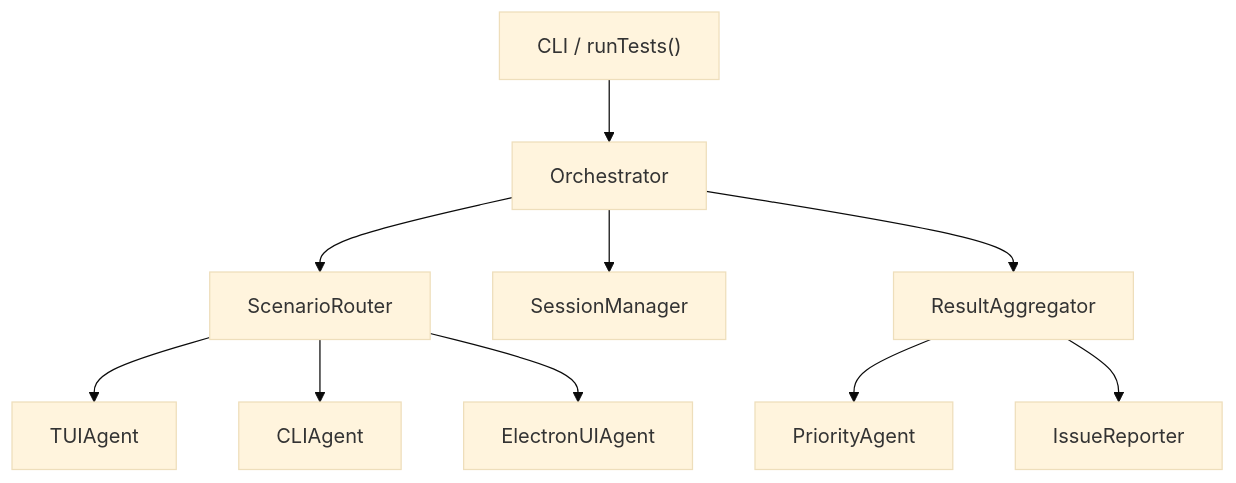
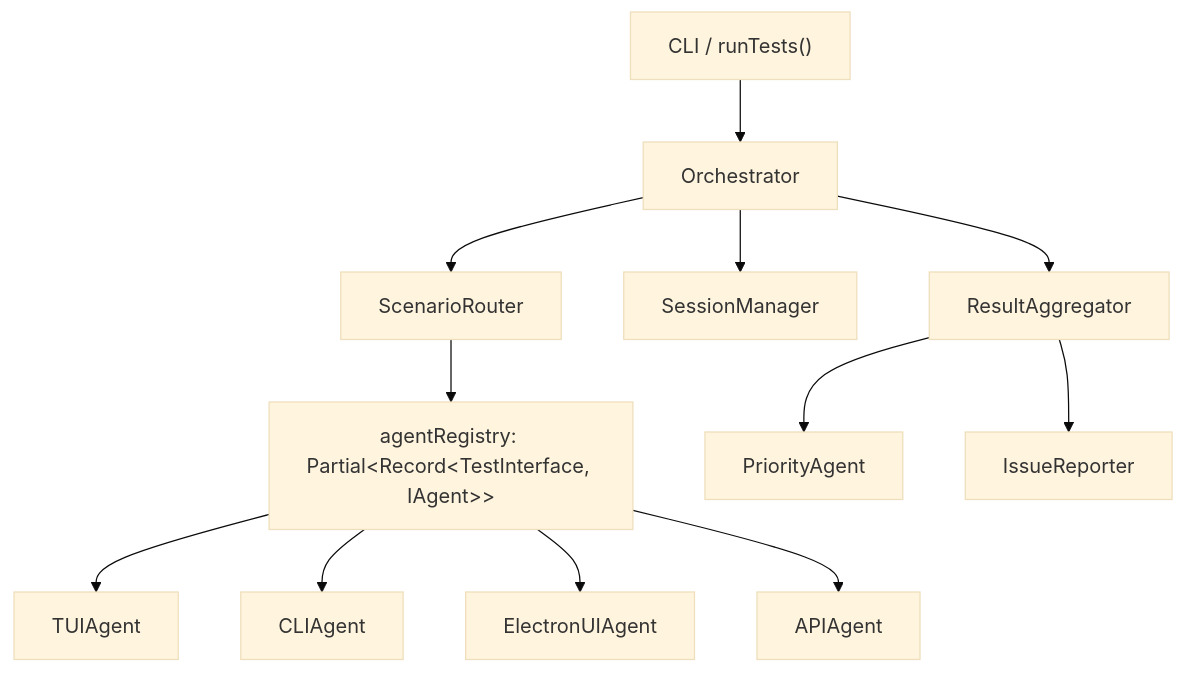
The first of 2 diagrams in docs/ARCHITECTURE.md (rysweet/gadugi-agentic-test), drawn with Mermaid (base theme) before and after one commit. The commit also changed other lines of this file and 8 other files, not shown here.

````diff
--- a/docs/ARCHITECTURE.md
+++ b/docs/ARCHITECTURE.md
@@ -414,14 +414,16 @@
 ```mermaid
 graph TD
     CLI["CLI / runTests()"] --> Orchestrator
     Orchestrator --> ScenarioRouter
     Orchestrator --> SessionManager
     Orchestrator --> ResultAggregator
 
-    ScenarioRouter --> TUIAgent
-    ScenarioRouter --> CLIAgent
-    ScenarioRouter --> ElectronUIAgent
+    ScenarioRouter --> Registry["agentRegistry: Partial&lt;Record&lt;TestInterface, IAgent&gt;&gt;"]
+    Registry --> TUIAgent
+    Registry --> CLIAgent
+    Registry --> ElectronUIAgent
+    Registry --> APIAgent
 
     ResultAggregator --> PriorityAgent
     ResultAggregator --> IssueReporter
 ```
````
